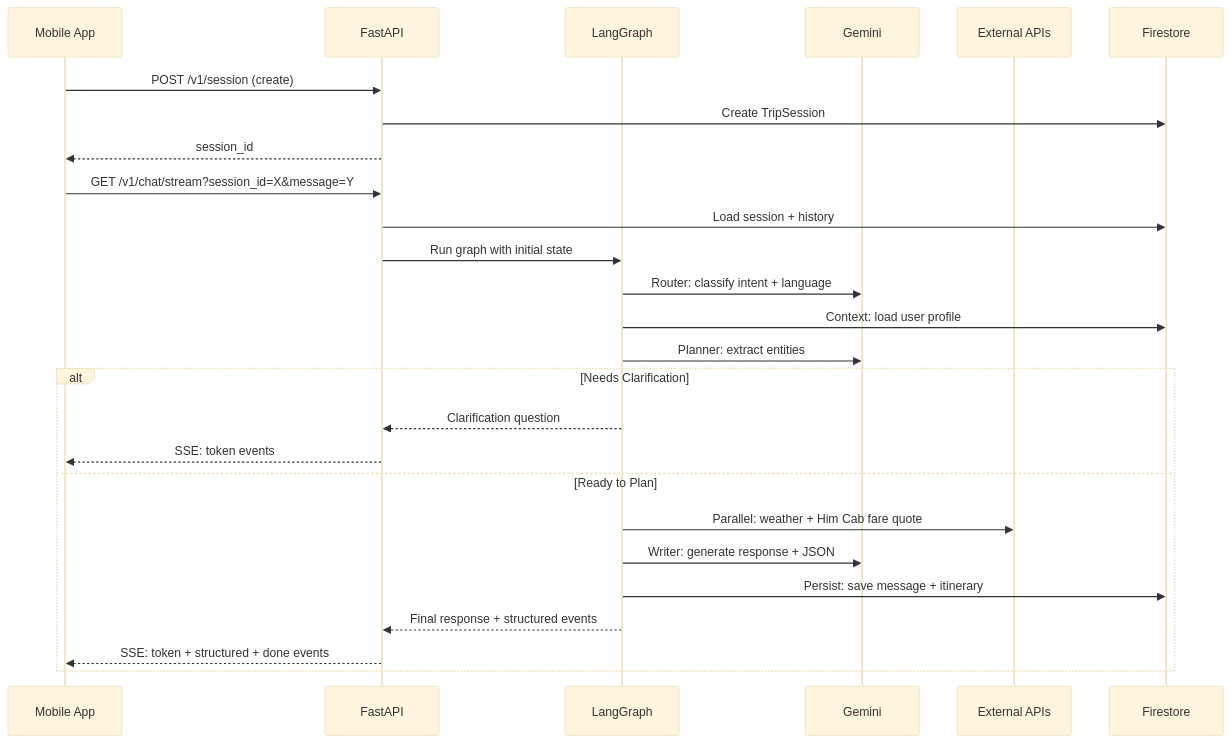
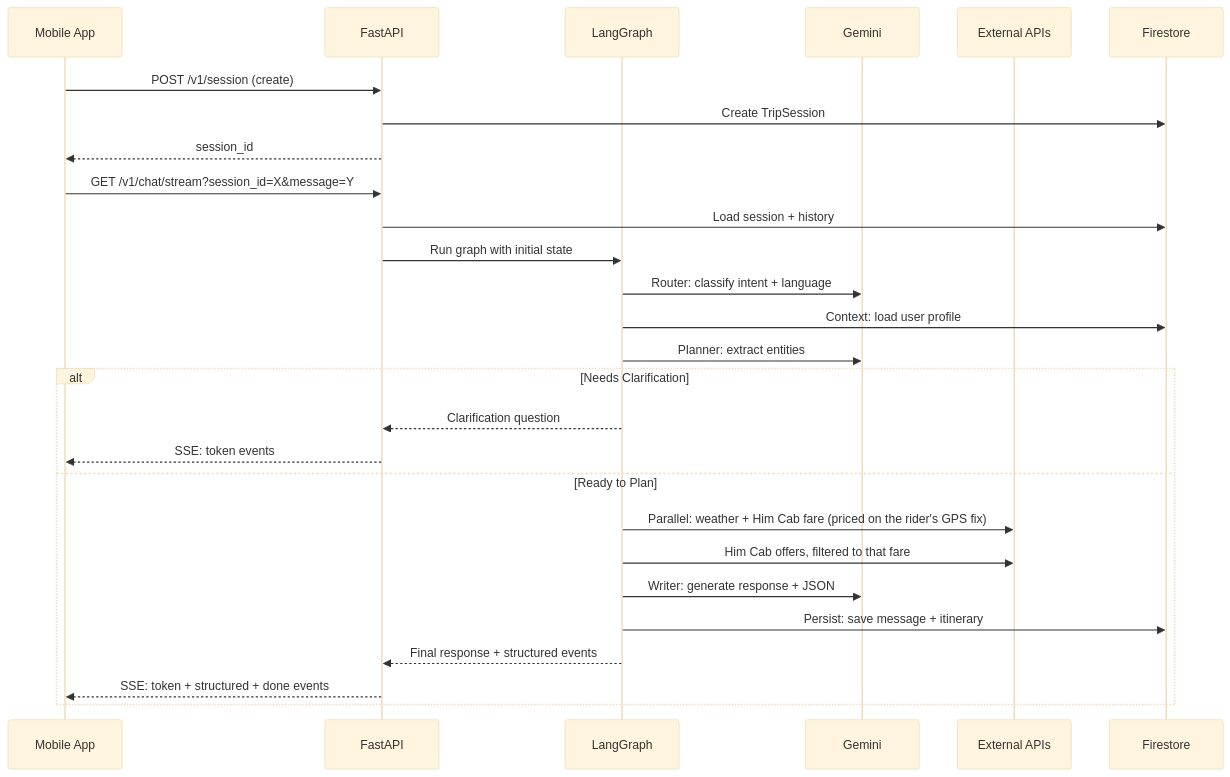
The second of 2 diagrams in docs/architecture.md (immersivedata-ai/HimCab_chatbot), drawn with Mermaid (base theme) before and after one commit. The commit also changed other lines of this file and 28 other files, not shown here.

````diff
--- a/docs/architecture.md
+++ b/docs/architecture.md
@@ -60,32 +65,33 @@
 ```mermaid
 sequenceDiagram
     participant App as Mobile App
     participant API as FastAPI
     participant Agent as LangGraph
     participant LLM as Gemini
     participant Tools as External APIs
     participant DB as Firestore
 
     App->>API: POST /v1/session (create)
     API->>DB: Create TripSession
     API-->>App: session_id
 
     App->>API: GET /v1/chat/stream?session_id=X&message=Y
     API->>DB: Load session + history
     API->>Agent: Run graph with initial state
 
     Agent->>LLM: Router: classify intent + language
     Agent->>DB: Context: load user profile
     Agent->>LLM: Planner: extract entities
 
     alt Needs Clarification
         Agent-->>API: Clarification question
         API-->>App: SSE: token events
     else Ready to Plan
-        Agent->>Tools: Parallel: weather + Him Cab fare quote
+        Agent->>Tools: Parallel: weather + Him Cab fare (priced on the rider's GPS fix)
+        Agent->>Tools: Him Cab offers, filtered to that fare
         Agent->>LLM: Writer: generate response + JSON
         Agent->>DB: Persist: save message + itinerary
         Agent-->>API: Final response + structured events
         API-->>App: SSE: token + structured + done events
     end
 ```
````
